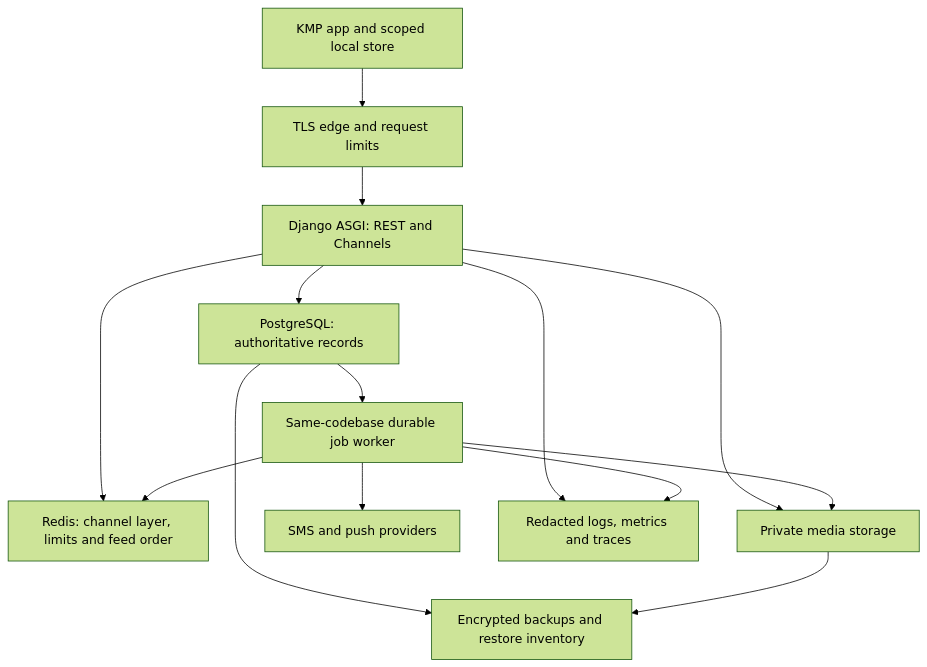
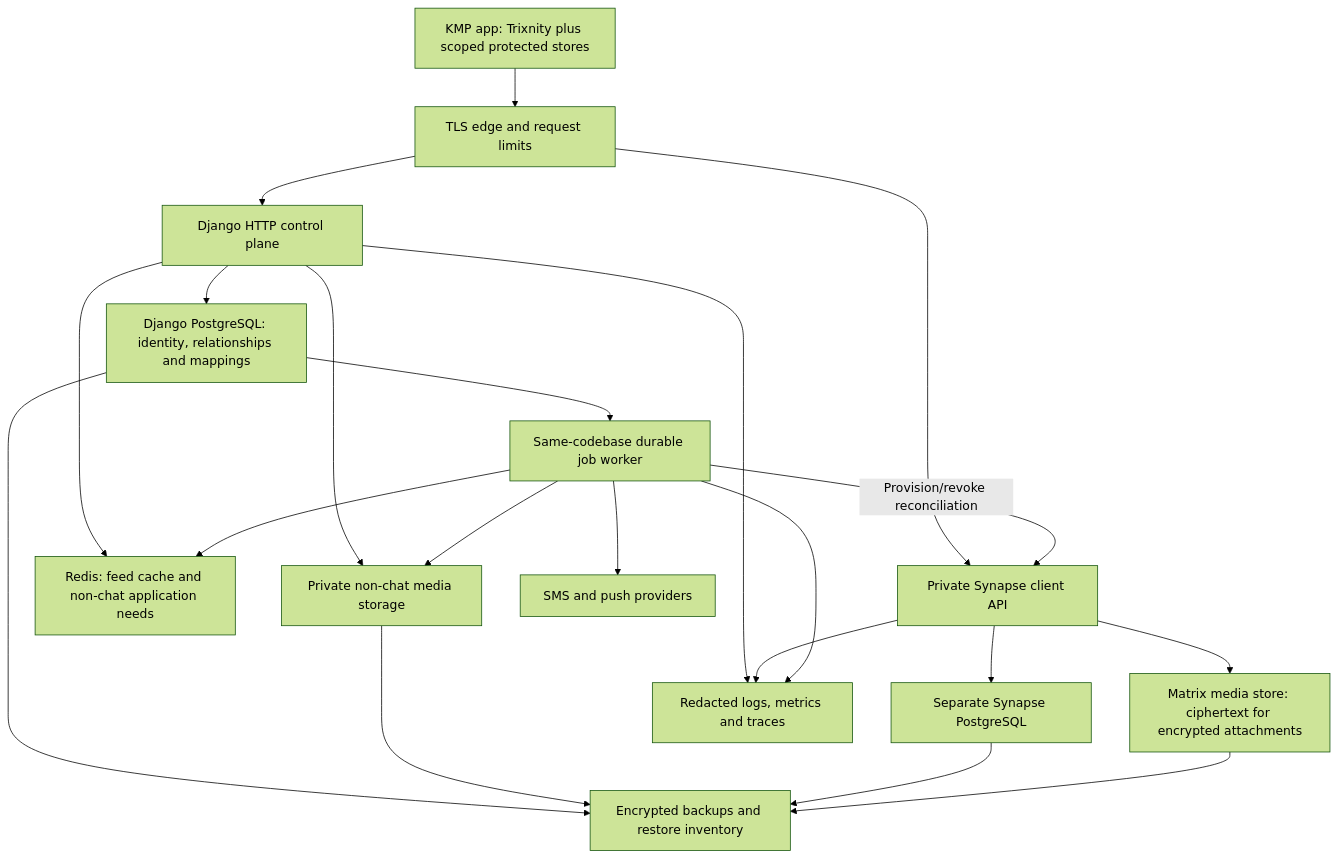
One commit to SriZan12/SriSu changed the second of 5 diagrams in docs/architecture/system-design/02-target-architecture.md. Above: the diagram before and after it, drawn with Mermaid (forest theme). The commit also changed other lines of this file and 108 other files, not shown here.

First line of the commit message:
feat(chat): integrate Matrix E2EE client

````diff
--- a/docs/architecture/system-design/02-target-architecture.md
+++ b/docs/architecture/system-design/02-target-architecture.md
@@ -77,16 +89,23 @@
 ```mermaid
 flowchart TB
-  mobile["KMP app and scoped local store"] --> edge["TLS edge and request limits"]
-  edge --> asgi["Django ASGI: REST and Channels"]
-  asgi --> database["PostgreSQL: authoritative records"]
-  asgi --> redis["Redis: channel layer, limits and feed order"]
-  asgi --> media["Private media storage"]
+  mobile["KMP app: Trixnity plus scoped protected stores"] --> edge["TLS edge and request limits"]
+  edge --> django["Django HTTP control plane"]
+  edge --> synapse["Private Synapse client API"]
+  django --> database["Django PostgreSQL: identity, relationships and mappings"]
+  django --> redis["Redis: feed cache and non-chat application needs"]
+  django --> media["Private non-chat media storage"]
+  synapse --> matrixdb["Separate Synapse PostgreSQL"]
+  synapse --> matrixmedia["Matrix media store: ciphertext for encrypted attachments"]
   database --> worker["Same-codebase durable job worker"]
+  worker -->|"Provision/revoke reconciliation"| synapse
   worker --> redis
   worker --> media
   worker --> provider["SMS and push providers"]
-  asgi --> metrics["Redacted logs, metrics and traces"]
+  django --> metrics["Redacted logs, metrics and traces"]
+  synapse --> metrics
   worker --> metrics
   database --> backups["Encrypted backups and restore inventory"]
   media --> backups
+  matrixdb --> backups
+  matrixmedia --> backups
 ```
````
